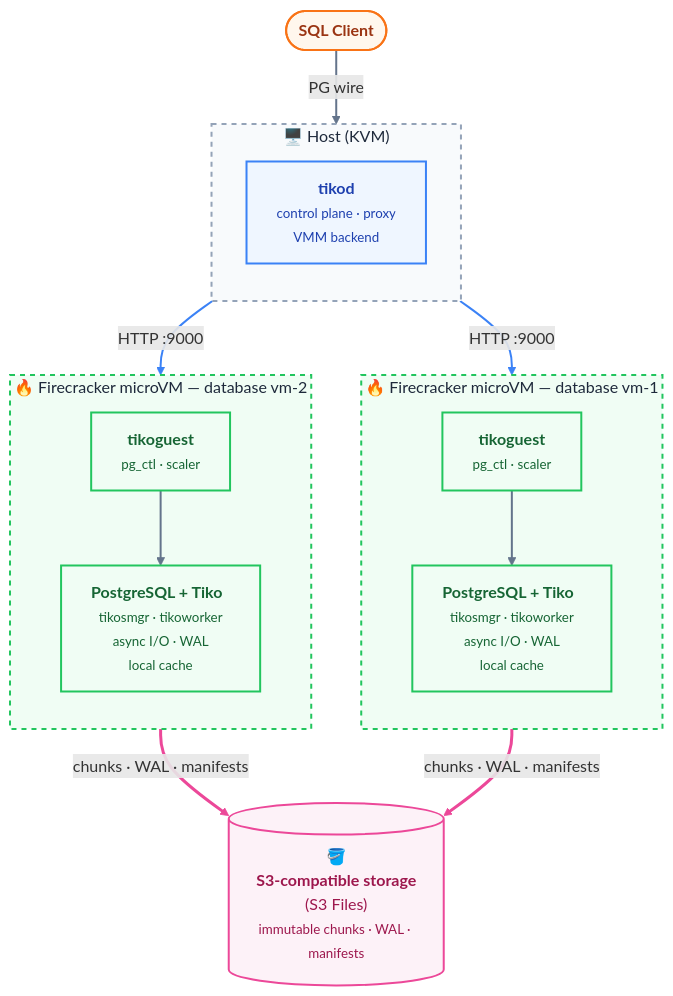
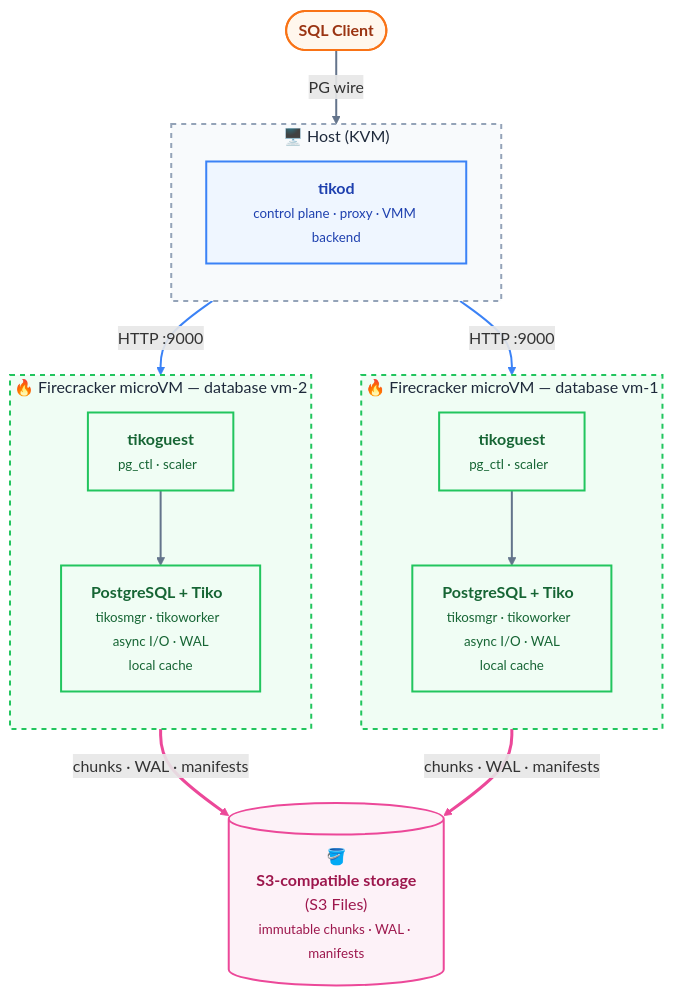
The diagram in README.md (burmecia/tiko), drawn with Mermaid before and after one commit.

Commit message:
update diagram

````diff
--- a/README.md
+++ b/README.md
@@ -34,54 +34,54 @@
 ```mermaid
 %%{init: {"themeVariables": {"titleColor": "#1e293b", "clusterBkg": "#f8fafc", "clusterBorder": "#94a3b8"}}}%%
 flowchart TB
   Client(["<b>SQL Client</b>"])
 
   subgraph Host ["🖥️ Host (KVM)"]
     direction TB
-    Tikod["<b>tikod</b><br/><small>control plane · proxy<br/>VMM backend</small>"]
+    Tikod["<b>tikod</b><br/><small>control plane · proxy · VMM backend</small>"]
   end
 
   subgraph VM1 ["🔥 Firecracker microVM — database vm-1"]
     direction TB
-    Guest1["<b>tikoguest</b><br/><small>pg_ctl · scaler</small>"]
-    PG1["<b>PostgreSQL + Tiko&nbsp;&nbsp;</b><br/><small>tikosmgr · tikoworker<br/>async I/O · WAL<br/>local cache</small>"]
+    Guest1["<b>tikoguest</b><br/><small>pg_ctl · scaler&nbsp;&nbsp;</small>"]
+    PG1["<b>PostgreSQL + Tiko&nbsp;&nbsp;</b><br/><small>tikosmgr · tikoworker&nbsp;&nbsp;<br/>async I/O · WAL<br/>local cache</small>"]
     Guest1 --> PG1
   end
 
   subgraph VM2 ["🔥 Firecracker microVM — database vm-2"]
     direction TB
-    Guest2["<b>tikoguest</b><br/><small>pg_ctl · scaler</small>"]
-    PG2["<b>PostgreSQL + Tiko&nbsp;&nbsp;</b><br/><small>tikosmgr · tikoworker<br/>async I/O · WAL<br/>local cache</small>"]
+    Guest2["<b>tikoguest</b><br/><small>pg_ctl · scaler&nbsp;&nbsp;</small>"]
+    PG2["<b>PostgreSQL + Tiko&nbsp;&nbsp;</b><br/><small>tikosmgr · tikoworker&nbsp;&nbsp;<br/>async I/O · WAL<br/>local cache</small>"]
     Guest2 --> PG2
   end
 
   S3[("🪣<br/><b>S3-compatible storage</b><br/>(S3 Files)<br/><small>immutable chunks · WAL · manifests</small>")]
 
   Client -->|PG wire| Tikod
   Tikod -->|HTTP :9000| Guest1
   Tikod -->|HTTP :9000| Guest2
   PG1 ==>|chunks · WAL · manifests| S3
   PG2 ==>|chunks · WAL · manifests| S3
 
   classDef client fill:#fff7ed,stroke:#f97316,stroke-width:2px,color:#9a3412
   classDef control fill:#eff6ff,stroke:#3b82f6,stroke-width:2px,color:#1e40af
   classDef vm fill:#f0fdf4,stroke:#22c55e,stroke-width:2px,color:#166534
   classDef storage fill:#fdf2f8,stroke:#ec4899,stroke-width:2px,color:#9d174d
 
   class Client client
   class Tikod control
   class Guest1,PG1,Guest2,PG2 vm
   class S3 storage
 
   style Host fill:#f8fafc,stroke:#94a3b8,stroke-width:2px,stroke-dasharray:5 5
   style VM1 fill:#f0fdf4,stroke:#22c55e,stroke-width:2px,stroke-dasharray:5 5
   style VM2 fill:#f0fdf4,stroke:#22c55e,stroke-width:2px,stroke-dasharray:5 5
   style S3 fill:#fdf2f8,stroke:#ec4899,stroke-width:2px
   linkStyle 0 stroke:#64748b,stroke-width:2px
   linkStyle 1 stroke:#64748b,stroke-width:2px
   linkStyle 2 stroke:#64748b,stroke-width:2px
   linkStyle 3 stroke:#3b82f6,stroke-width:2px
   linkStyle 4 stroke:#3b82f6,stroke-width:2px
   linkStyle 5 stroke:#ec4899,stroke-width:3px
   linkStyle 6 stroke:#ec4899,stroke-width:3px
 ```
````
